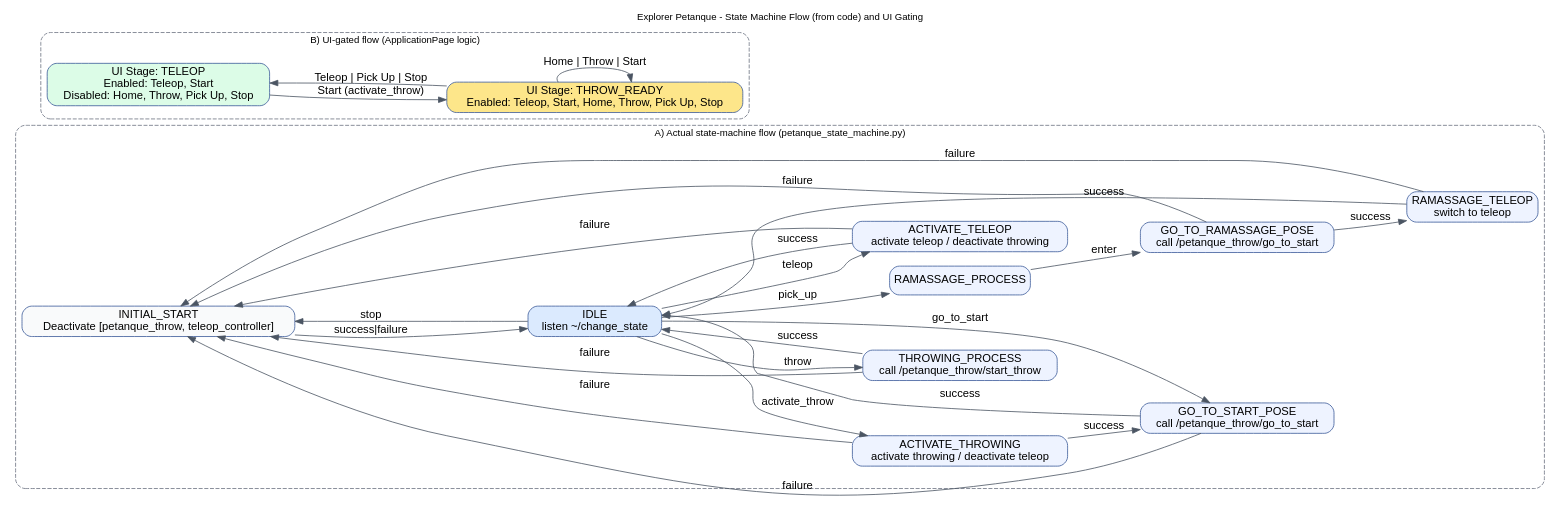
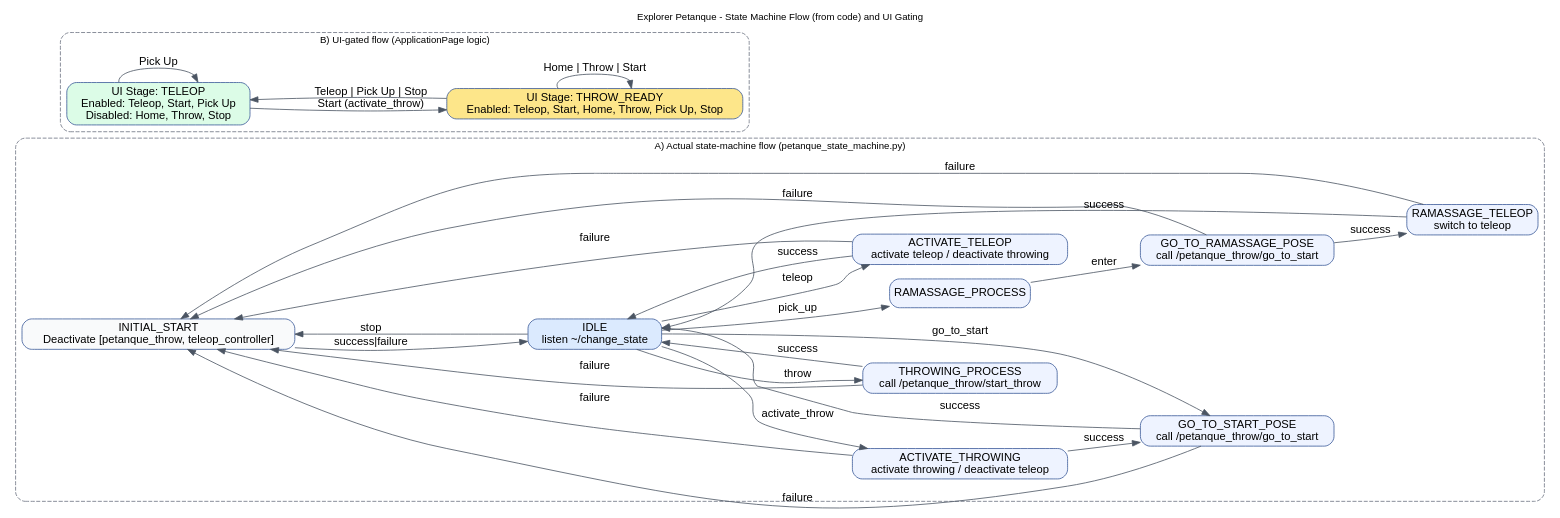
The diagram in docs/petanque_state_machine_flow.dot (ISIR-EXTENDER/extender_ui), drawn with Graphviz before and after one commit. The commit also changed 12 other files, not shown here.

```diff
--- a/docs/petanque_state_machine_flow.dot
+++ b/docs/petanque_state_machine_flow.dot
@@ -1,65 +1,66 @@
 digraph PetanqueFlow {
   rankdir=LR;
   fontname="Helvetica";
   fontsize=12;
   labelloc="t";
   label="Explorer Petanque - State Machine Flow (from code) and UI Gating";
   node [shape=box, style="rounded,filled", fontname="Helvetica", fillcolor="#eef3ff", color="#3a5a98"];
   edge [fontname="Helvetica", color="#4b5563"];
 
   subgraph cluster_sm {
     label="A) Actual state-machine flow (petanque_state_machine.py)";
     color="#6b7280";
     style="rounded,dashed";
 
     INITIAL_START [fillcolor="#f9fafb", label="INITIAL_START\nDeactivate [petanque_throw, teleop_controller]"];
     IDLE [fillcolor="#dbeafe", label="IDLE\nlisten ~/change_state"];
     ACTIVATE_TELEOP [label="ACTIVATE_TELEOP\nactivate teleop / deactivate throwing"];
     ACTIVATE_THROWING [label="ACTIVATE_THROWING\nactivate throwing / deactivate teleop"];
     GO_TO_START [label="GO_TO_START_POSE\ncall /petanque_throw/go_to_start"];
     THROWING [label="THROWING_PROCESS\ncall /petanque_throw/start_throw"];
     RAMASSAGE [label="RAMASSAGE_PROCESS"];
     RAM_GO_START [label="GO_TO_RAMASSAGE_POSE\ncall /petanque_throw/go_to_start"];
     RAM_TELEOP [label="RAMASSAGE_TELEOP\nswitch to teleop"];
 
     INITIAL_START -> IDLE [label="success|failure"];
 
     IDLE -> ACTIVATE_TELEOP [label="teleop"];
     IDLE -> ACTIVATE_THROWING [label="activate_throw"];
     IDLE -> GO_TO_START [label="go_to_start"];
     IDLE -> THROWING [label="throw"];
     IDLE -> RAMASSAGE [label="pick_up"];
     IDLE -> INITIAL_START [label="stop"];
 
     ACTIVATE_TELEOP -> IDLE [label="success"];
     ACTIVATE_TELEOP -> INITIAL_START [label="failure"];
 
     ACTIVATE_THROWING -> GO_TO_START [label="success"];
     ACTIVATE_THROWING -> INITIAL_START [label="failure"];
 
     GO_TO_START -> IDLE [label="success"];
     GO_TO_START -> INITIAL_START [label="failure"];
 
     THROWING -> IDLE [label="success"];
     THROWING -> INITIAL_START [label="failure"];
 
     RAMASSAGE -> RAM_GO_START [label="enter"];
     RAM_GO_START -> RAM_TELEOP [label="success"];
     RAM_GO_START -> INITIAL_START [label="failure"];
     RAM_TELEOP -> IDLE [label="success"];
     RAM_TELEOP -> INITIAL_START [label="failure"];
   }
 
   subgraph cluster_ui {
     label="B) UI-gated flow (ApplicationPage logic)";
     color="#6b7280";
     style="rounded,dashed";
 
-    UI_TELEOP [fillcolor="#dcfce7", label="UI Stage: TELEOP\nEnabled: Teleop, Start\nDisabled: Home, Throw, Pick Up, Stop"];
+    UI_TELEOP [fillcolor="#dcfce7", label="UI Stage: TELEOP\nEnabled: Teleop, Start, Pick Up\nDisabled: Home, Throw, Stop"];
     UI_THROW_READY [fillcolor="#fde68a", label="UI Stage: THROW_READY\nEnabled: Teleop, Start, Home, Throw, Pick Up, Stop"];
 
     UI_TELEOP -> UI_THROW_READY [label="Start (activate_throw)"];
     UI_THROW_READY -> UI_THROW_READY [label="Home | Throw | Start"];
+    UI_TELEOP -> UI_TELEOP [label="Pick Up"];
     UI_THROW_READY -> UI_TELEOP [label="Teleop | Pick Up | Stop"];
   }
 }
```
